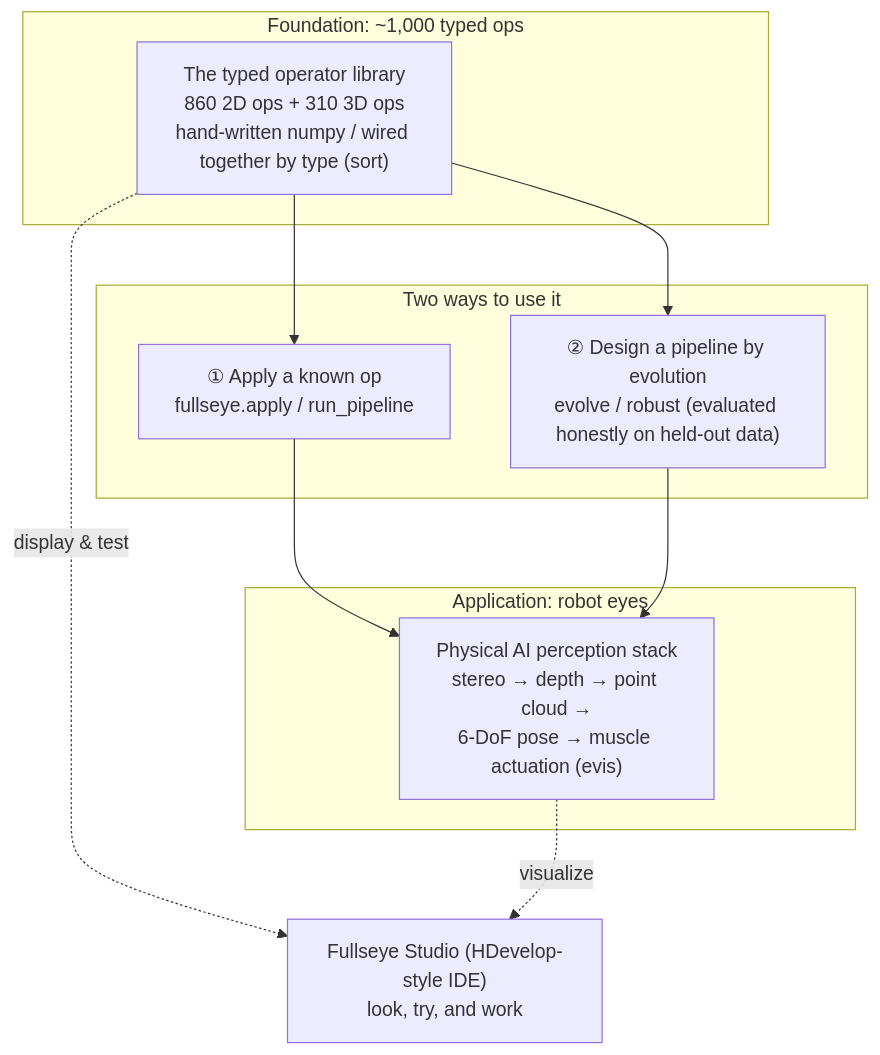
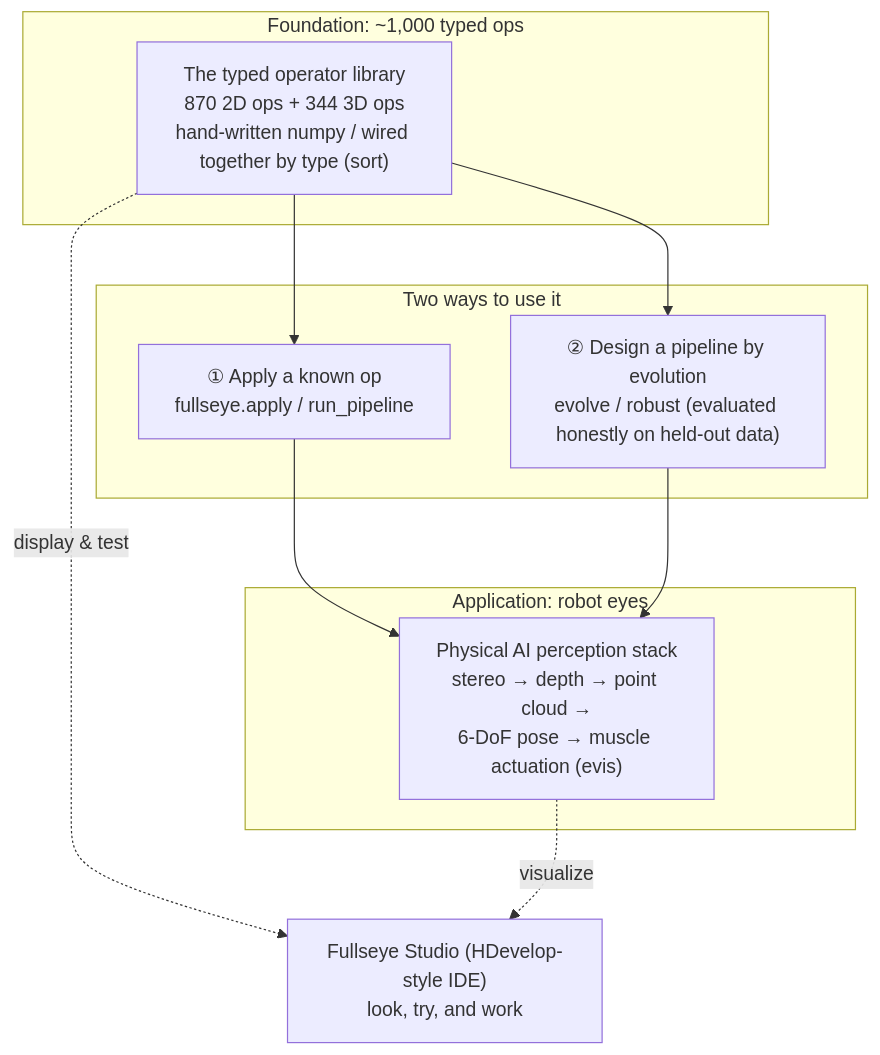
Before and after one commit to furuse-kazufumi/fullseye: the first of 3 diagrams in docs/articles/fullseye_overview_qiita_en.md, drawn with Mermaid. The commit also changed other lines of this file and 1 other file, not shown here.

````diff
--- a/docs/articles/fullseye_overview_qiita_en.md
+++ b/docs/articles/fullseye_overview_qiita_en.md
@@ -166,19 +166,19 @@
 ```mermaid
 flowchart TB
     subgraph L0["Foundation: ~1,000 typed ops"]
-        OPS["The typed operator library<br/>860 2D ops + 310 3D ops<br/>hand-written numpy / wired together by type (sort)"]
+        OPS["The typed operator library<br/>870 2D ops + 344 3D ops<br/>hand-written numpy / wired together by type (sort)"]
     end
     subgraph L1["Two ways to use it"]
         APPLY["① Apply a known op<br/>fullseye.apply / run_pipeline"]
         EVO["② Design a pipeline by evolution<br/>evolve / robust (evaluated honestly on held-out data)"]
     end
     subgraph L2["Application: robot eyes"]
         PERC["Physical AI perception stack<br/>stereo → depth → point cloud →<br/>6-DoF pose → muscle actuation (evis)"]
     end
     STUDIO["Fullseye Studio (HDevelop-style IDE)<br/>look, try, and work"]
 
     OPS --> APPLY --> PERC
     OPS --> EVO --> PERC
     OPS -.display & test.-> STUDIO
     PERC -.visualize.-> STUDIO
 ```
````
